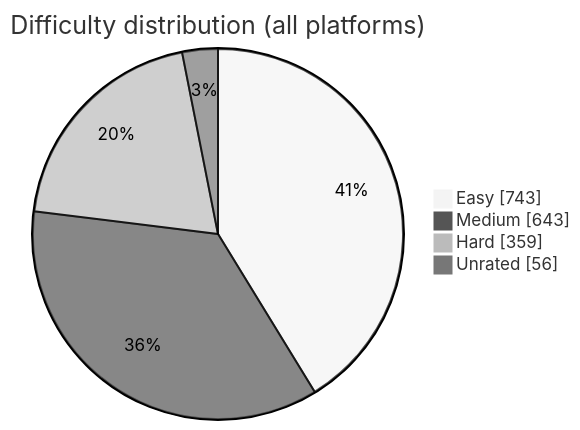
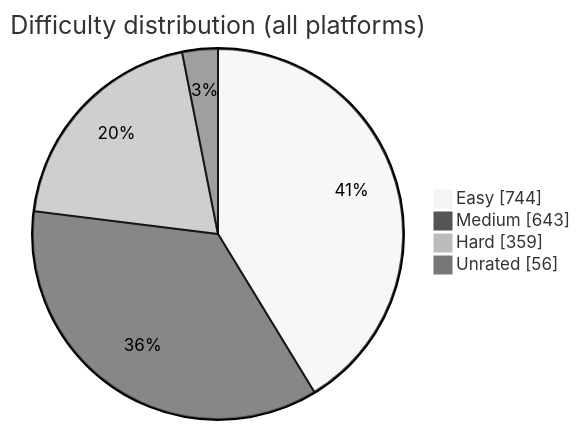
One commit to BuildbyArindam/Daily-Coding-Log changed the diagram in README.md. Above: the diagram before and after it, drawn with Mermaid (neutral theme). The commit also changed other lines of this file, not shown here.

````diff
--- a/README.md
+++ b/README.md
@@ -108,7 +108,7 @@
 ```mermaid
 pie showData title Difficulty distribution (all platforms)
-    "Easy" : 743
+    "Easy" : 744
     "Medium" : 643
     "Hard" : 359
     "Unrated" : 56
 ```
````
